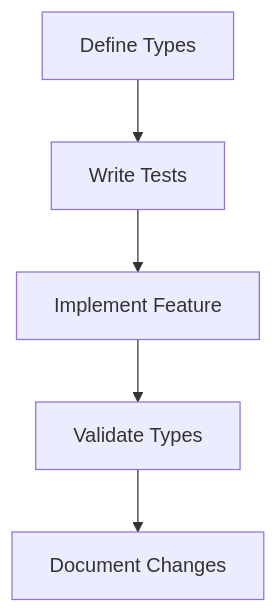
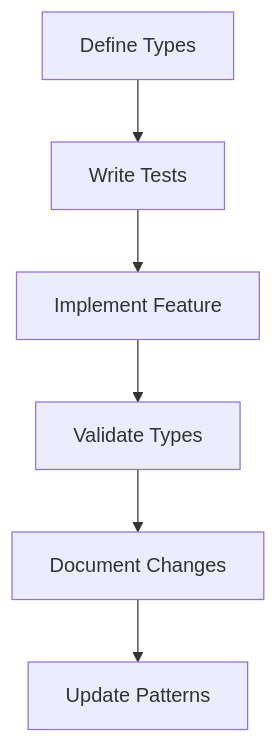
Before and after one commit to Luxcium/scaling-umbrella: the first of 3 diagrams in memory-bank/productContext.md, drawn with Mermaid. The commit also changed other lines of this file and 20 other files, not shown here.

````diff
--- a/memory-bank/productContext.md
+++ b/memory-bank/productContext.md
@@ -116,7 +7,8 @@
    ```mermaid
    flowchart TD
      A[Define Types] --> B[Write Tests]
      B --> C[Implement Feature]
      C --> D[Validate Types]
      D --> E[Document Changes]
+     E --> F[Update Patterns]
    ```
````
